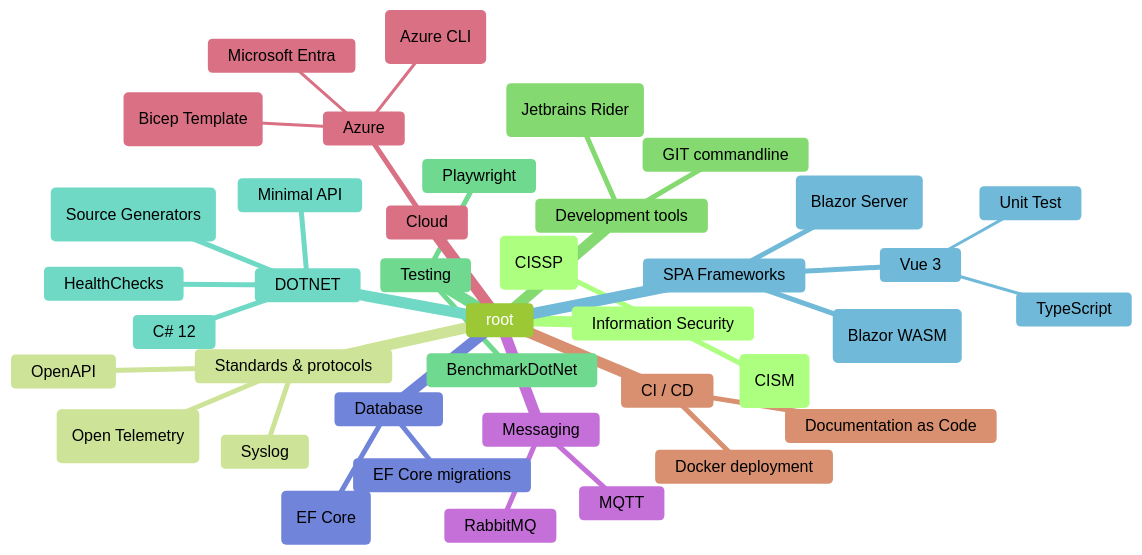
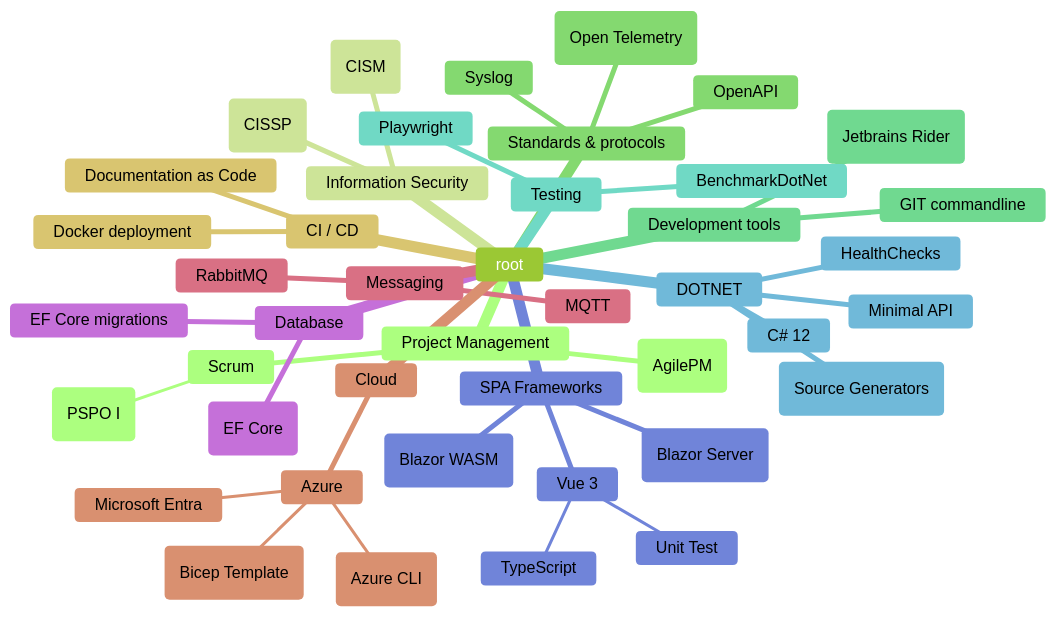
Before and after one commit to renevdhoek/renevdhoek: the second of 2 diagrams in README.md, drawn with Mermaid (forest theme). The commit also changed other lines of this file, not shown here.

````diff
--- a/README.md
+++ b/README.md
@@ -12,42 +13,46 @@
 ```mermaid
 mindmap
   root
+    Project Management
+        Scrum
+                (PSPO I)
+        (AgilePM)
     Information Security
         (CISM)
         (CISSP)
     Standards & protocols
         Syslog
         OpenAPI
         (Open Telemetry)
     Development tools      
         GIT commandline
         (Jetbrains Rider)
     Testing
       Playwright
       BenchmarkDotNet
     DOTNET
       C# 12
       HealthChecks
       (Source Generators)      
       Minimal API    
     SPA Frameworks
       Vue 3
         Unit Test
         TypeScript
       (Blazor Server)
       (Blazor WASM)
     Database
       EF Core migrations
       (EF Core)
     Messaging
       MQTT
       RabbitMQ
     Cloud
       Azure
         Microsoft Entra
         (Bicep Template)
         (Azure CLI)
     CI / CD
       Docker deployment
       Documentation as Code
 ```
````
